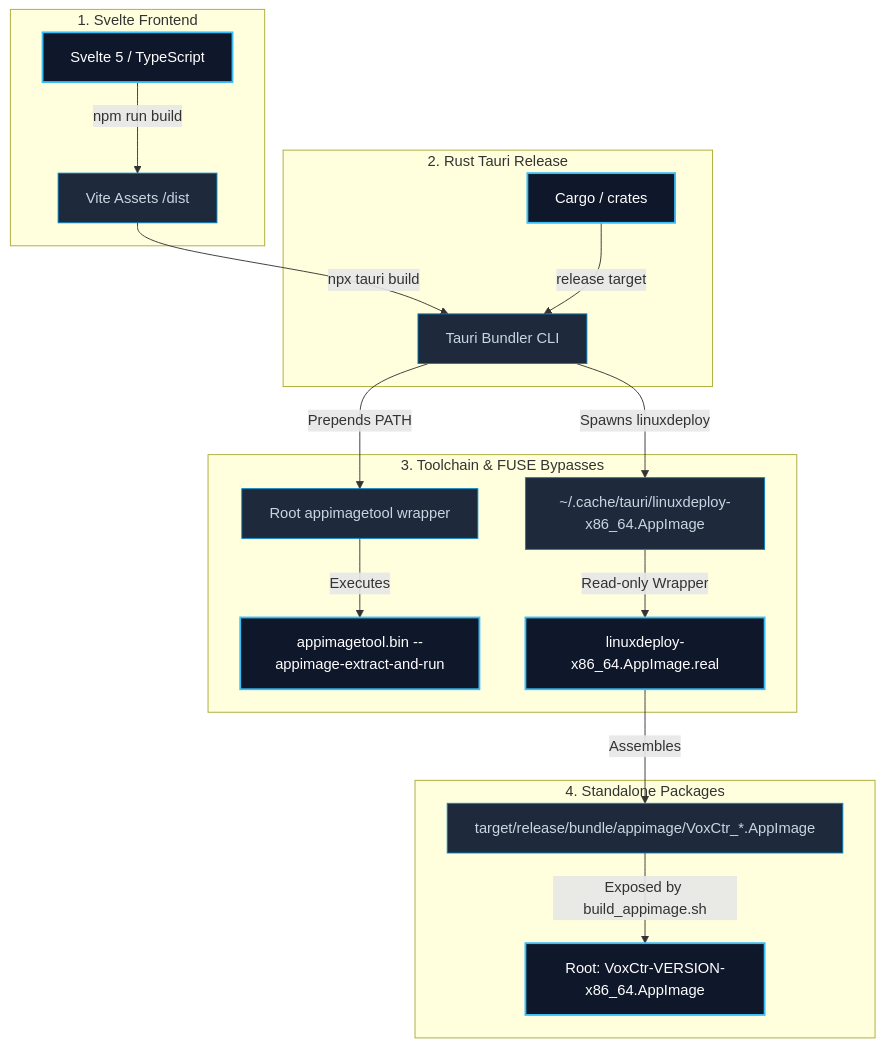
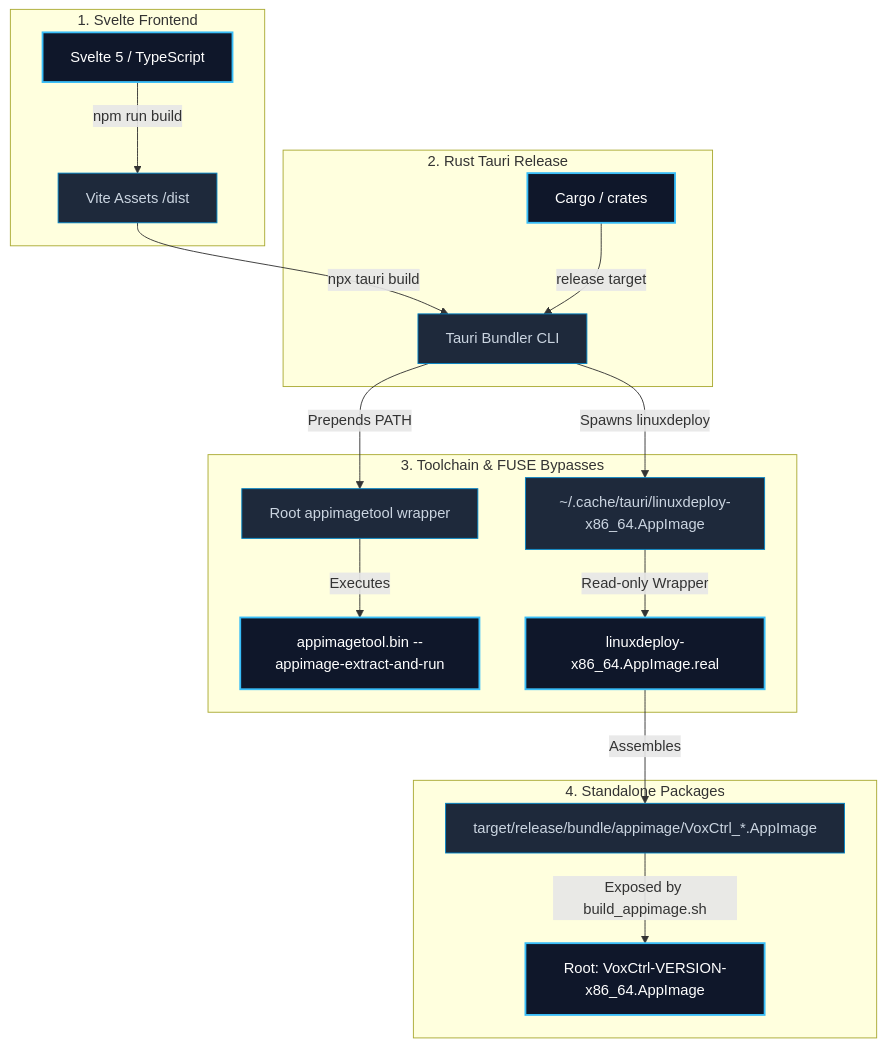
Before and after one commit to JRufer/VoxCtrl: the diagram in docs/appimage_build_process.md, drawn with Mermaid. The commit also changed other lines of this file and 151 other files, not shown here.

Commit message:
renamed project to VoxCtrl. minor bug fixes.

````diff
--- a/docs/appimage_build_process.md
+++ b/docs/appimage_build_process.md
@@ -11,28 +11,28 @@
 ```mermaid
 graph TD
     subgraph Frontend Build [1. Svelte Frontend]
         A[Svelte 5 / TypeScript] -->|npm run build| B[Vite Assets /dist]
     end
 
     subgraph Backend Build [2. Rust Tauri Release]
         B -->|npx tauri build| C[Tauri Bundler CLI]
         D[Cargo / crates] -->|release target| C
     end
 
     subgraph Build Environment [3. Toolchain & FUSE Bypasses]
         C -->|Prepends PATH| E[Root appimagetool wrapper]
         E -->|Executes| F[appimagetool.bin --appimage-extract-and-run]
         C -->|Spawns linuxdeploy| G[~/.cache/tauri/linuxdeploy-x86_64.AppImage]
         G -->|Read-only Wrapper| H[linuxdeploy-x86_64.AppImage.real]
     end
 
     subgraph Output Bundles [4. Standalone Packages]
-        H -->|Assembles| I[target/release/bundle/appimage/VoxCtr_*.AppImage]
-        I -->|Exposed by build_appimage.sh| J[Root: VoxCtr-VERSION-x86_64.AppImage]
+        H -->|Assembles| I[target/release/bundle/appimage/VoxCtrl_*.AppImage]
+        I -->|Exposed by build_appimage.sh| J[Root: VoxCtrl-VERSION-x86_64.AppImage]
     end
 
     classDef primary fill:#0f172a,stroke:#38bdf8,stroke-width:2px,color:#fff;
     classDef secondary fill:#1e293b,stroke:#0284c7,stroke-width:1px,color:#cbd5e1;
     class A,D,F,H,J primary;
     class B,C,E,G,I secondary;
 ```
````
